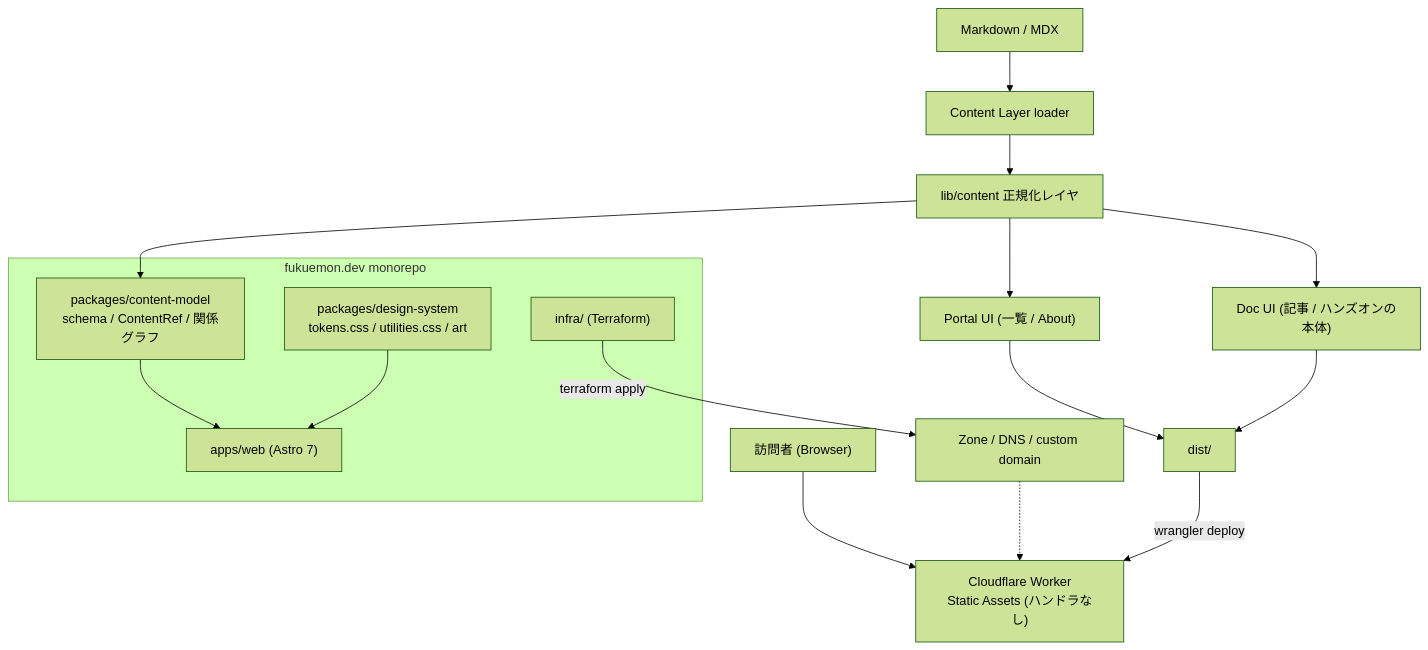
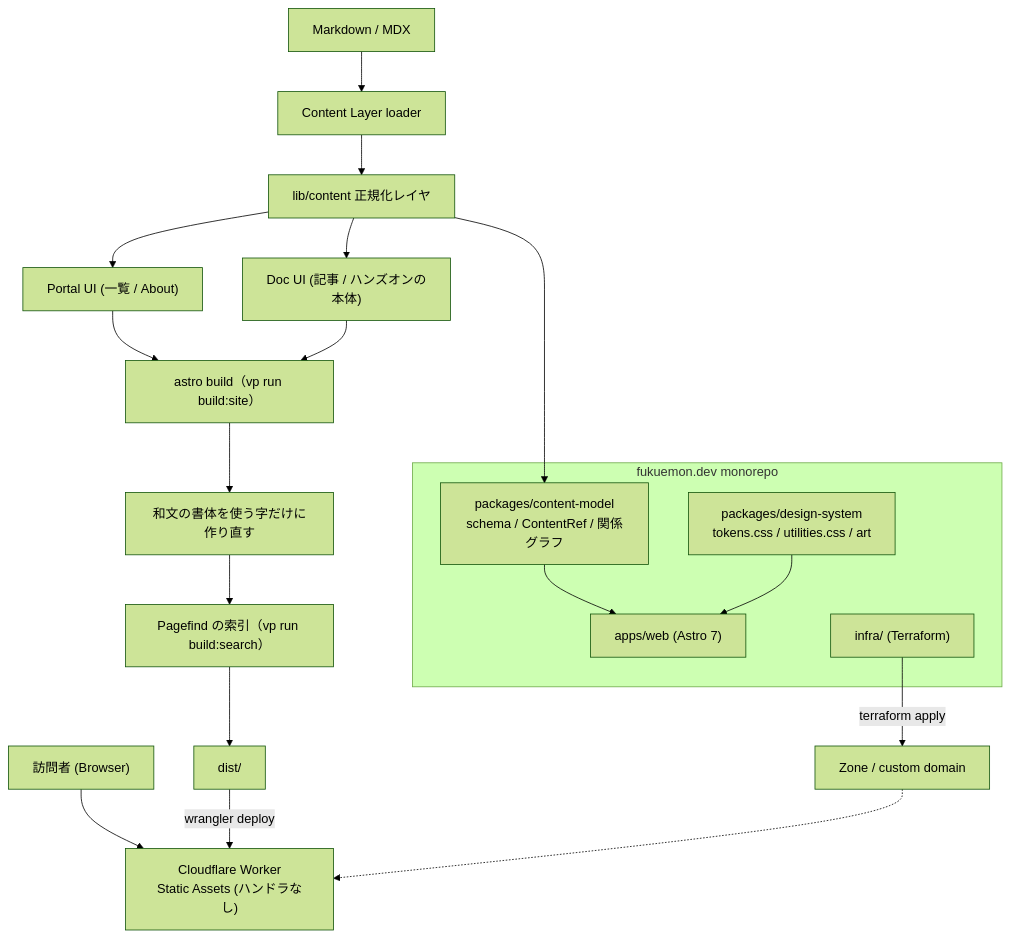
One commit to Fukuemon/fukuemon.dev changed the first of 2 diagrams in design/DesignDoc.md. Above: the diagram before and after it, drawn with Mermaid (forest theme). The commit also changed other lines of this file, not shown here.

````diff
--- a/design/DesignDoc.md
+++ b/design/DesignDoc.md
@@ -75,24 +79,27 @@
 ```mermaid
 flowchart TD
     reader["訪問者 (Browser)"] --> worker["Cloudflare Worker<br/>Static Assets (ハンドラなし)"]
 
     subgraph repo ["fukuemon.dev monorepo"]
         cm["packages/content-model<br/>schema / ContentRef / 関係グラフ"]
         ds["packages/design-system<br/>tokens.css / utilities.css / art"]
         web["apps/web (Astro 7)"]
         infra["infra/ (Terraform)"]
         cm --> web
         ds --> web
     end
 
     md["Markdown / MDX"] --> loader["Content Layer loader"]
     loader --> adapter["lib/content 正規化レイヤ"]
     adapter --> cm
     adapter --> pages["Portal UI (一覧 / About)"]
     adapter --> doc["Doc UI (記事 / ハンズオンの本体)"]
-    pages --> dist["dist/"]
-    doc --> dist
+    pages --> build["astro build（vp run build:site）"]
+    doc --> build
+    build --> fonts["和文の書体を使う字だけに作り直す"]
+    fonts --> search["Pagefind の索引（vp run build:search）"]
+    search --> dist["dist/"]
     dist -->|"wrangler deploy"| worker
-    infra -->|"terraform apply"| cfbase["Zone / DNS / custom domain"]
+    infra -->|"terraform apply"| cfbase["Zone / custom domain"]
     cfbase -.-> worker
 ```
````
